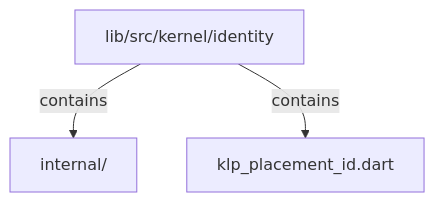
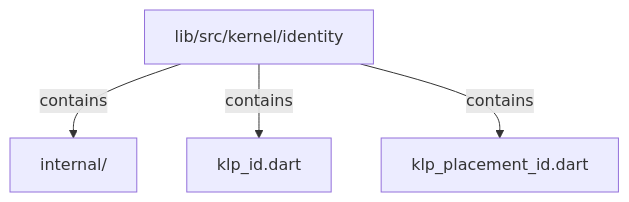
The second of 2 diagrams in docs/architecture/src/kernel/identity/README.md (MiuDog/Kallopis), drawn with Mermaid before and after one commit. The commit also changed other lines of this file and 9688 other files, not shown here.

Commit message:
Prepare isolated Flow F2 peer baseline

````diff
--- a/docs/architecture/src/kernel/identity/README.md
+++ b/docs/architecture/src/kernel/identity/README.md
@@ -21,8 +32,10 @@
 ```mermaid
 flowchart TD
 	n0["lib/src/kernel/identity"]
 	n1["internal/"]
-	n2["klp_placement_id.dart"]
+	n2["klp_id.dart"]
+	n3["klp_placement_id.dart"]
 	n0 -->|"contains"| n1
 	n0 -->|"contains"| n2
+	n0 -->|"contains"| n3
 ```
````
